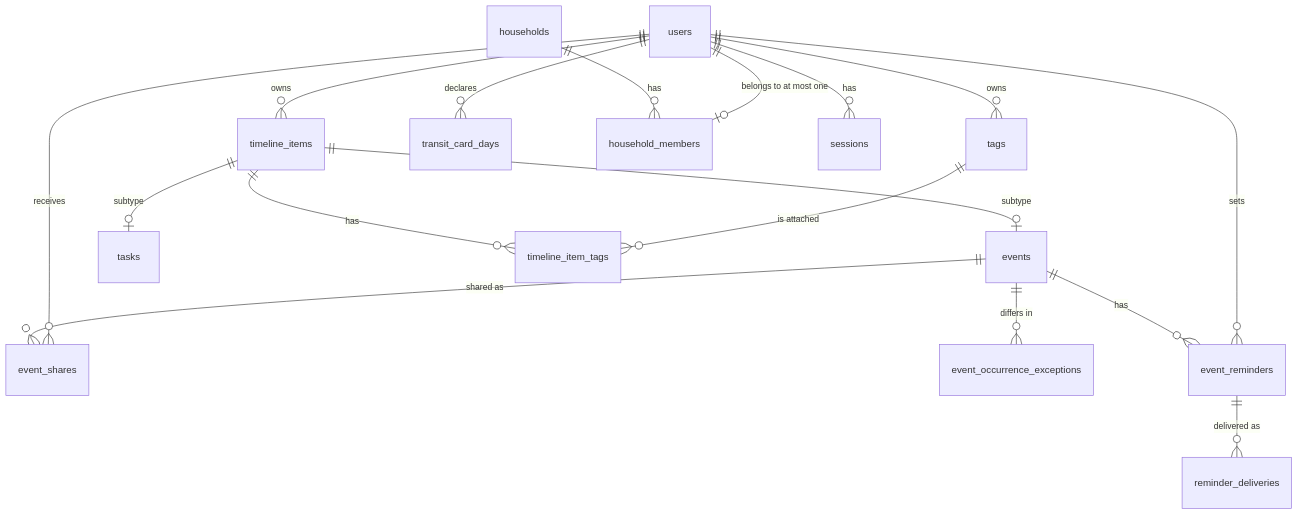
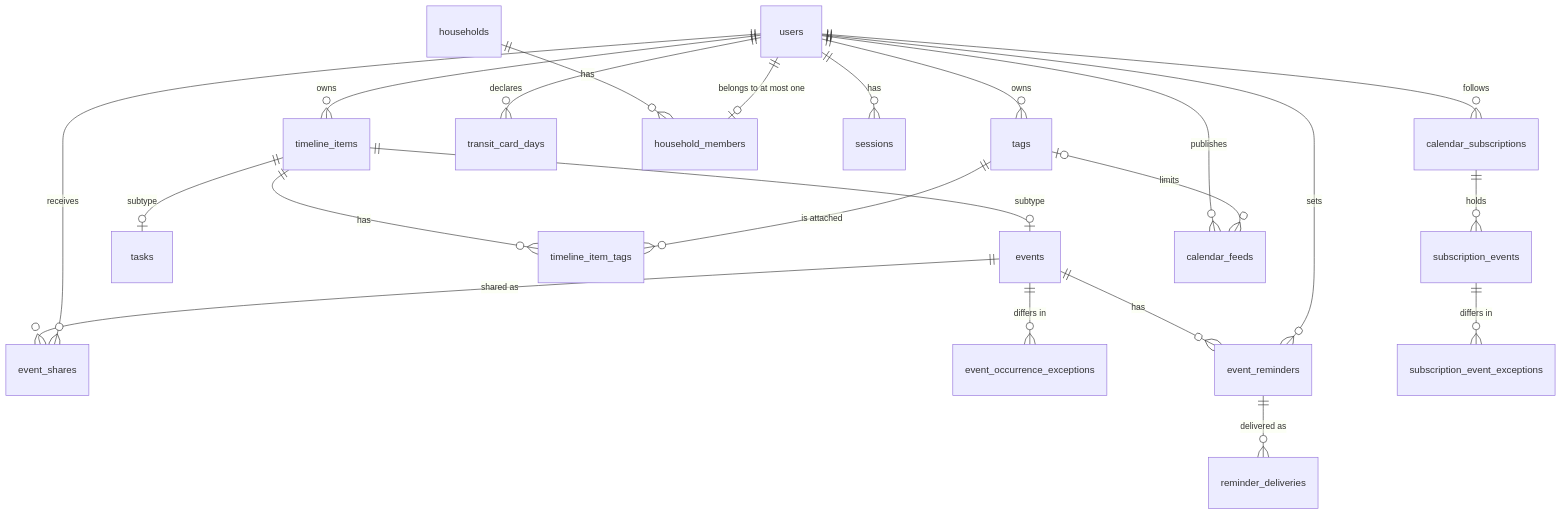
One commit to jonathan-skantz/jonska-calendar changed the diagram in docs/data-model.md. Above: the diagram before and after it, drawn with Mermaid. The commit also changed other lines of this file and 9 other files, not shown here.

First line of the commit message:
docs(subscriptions): describe subscriptions and feeds

````diff
--- a/docs/data-model.md
+++ b/docs/data-model.md
@@ -3,19 +3,24 @@
 ```mermaid
 erDiagram
     users ||--o{ timeline_items : owns
     timeline_items ||--o| events : "subtype"
     timeline_items ||--o| tasks : "subtype"
     users ||--o{ tags : owns
     timeline_items ||--o{ timeline_item_tags : "has"
     tags ||--o{ timeline_item_tags : "is attached"
     events ||--o{ event_shares : "shared as"
     users ||--o{ event_shares : "receives"
     events ||--o{ event_occurrence_exceptions : "differs in"
     events ||--o{ event_reminders : "has"
     event_reminders ||--o{ reminder_deliveries : "delivered as"
     users ||--o{ event_reminders : "sets"
     users ||--o{ transit_card_days : "declares"
     households ||--o{ household_members : "has"
     users ||--o| household_members : "belongs to at most one"
     users ||--o{ sessions : "has"
+    users ||--o{ calendar_subscriptions : "follows"
+    calendar_subscriptions ||--o{ subscription_events : "holds"
+    subscription_events ||--o{ subscription_event_exceptions : "differs in"
+    users ||--o{ calendar_feeds : "publishes"
+    tags |o--o{ calendar_feeds : "limits"
 ```
````
